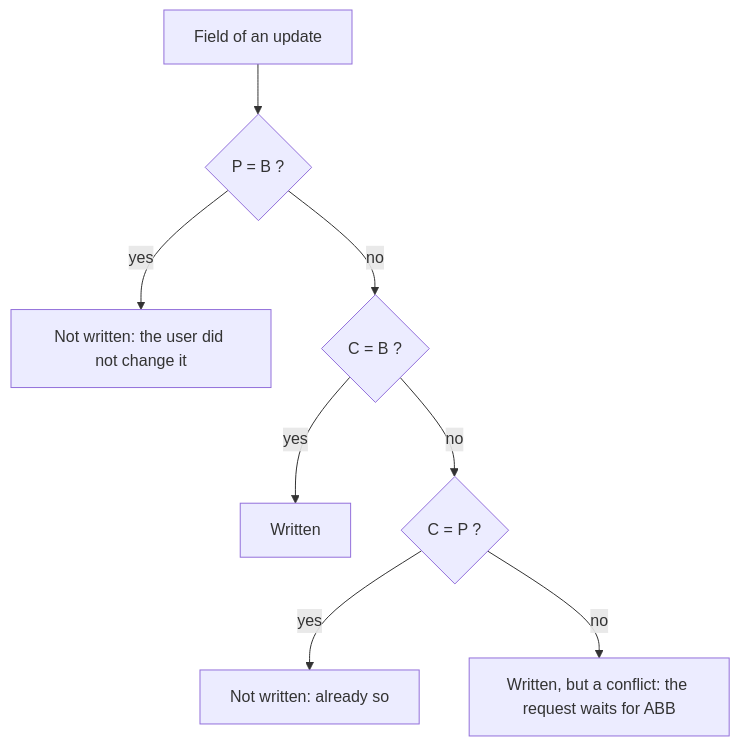
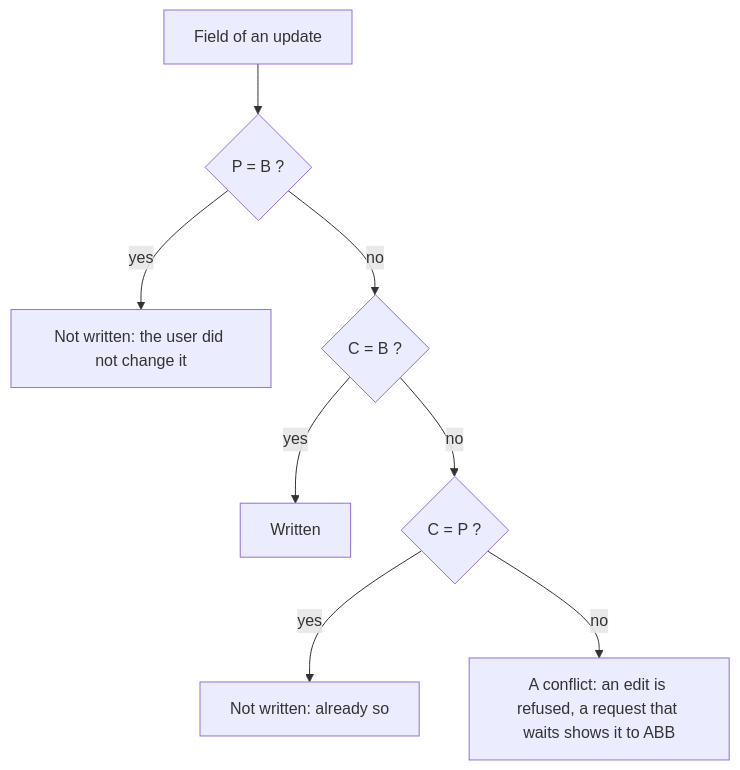
The third of 5 diagrams in README.md (lblod/change-request-service), drawn with Mermaid before and after one commit. The commit also changed other lines of this file and 25 other files, not shown here.

Commit message:
RVS-37: validation flow for new organisations and change events

````diff
--- a/README.md
+++ b/README.md
@@ -93,10 +112,10 @@
 ```mermaid
 flowchart TD
   K[Field of an update] --> Q1{P = B ?}
   Q1 -- yes --> N1["Not written: the user did not change it"]
   Q1 -- no --> Q2{C = B ?}
   Q2 -- yes --> W[Written]
   Q2 -- no --> Q3{C = P ?}
   Q3 -- yes --> N2["Not written: already so"]
-  Q3 -- no --> X["Written, but a conflict: the request waits for ABB"]
+  Q3 -- no --> X["A conflict: an edit is refused, a request that waits shows it to ABB"]
 ```
````
